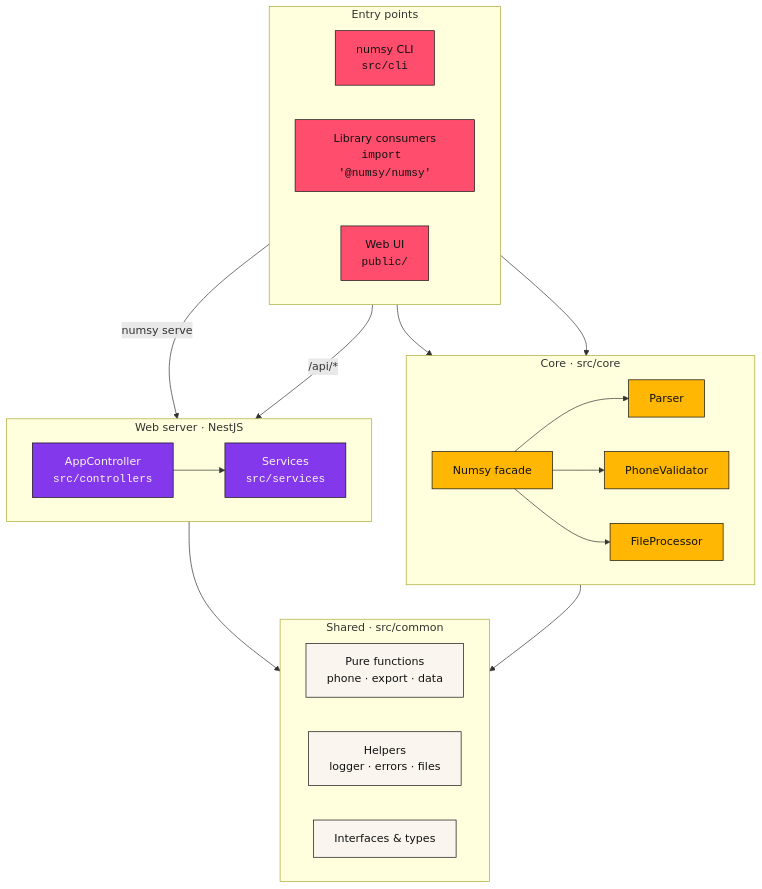
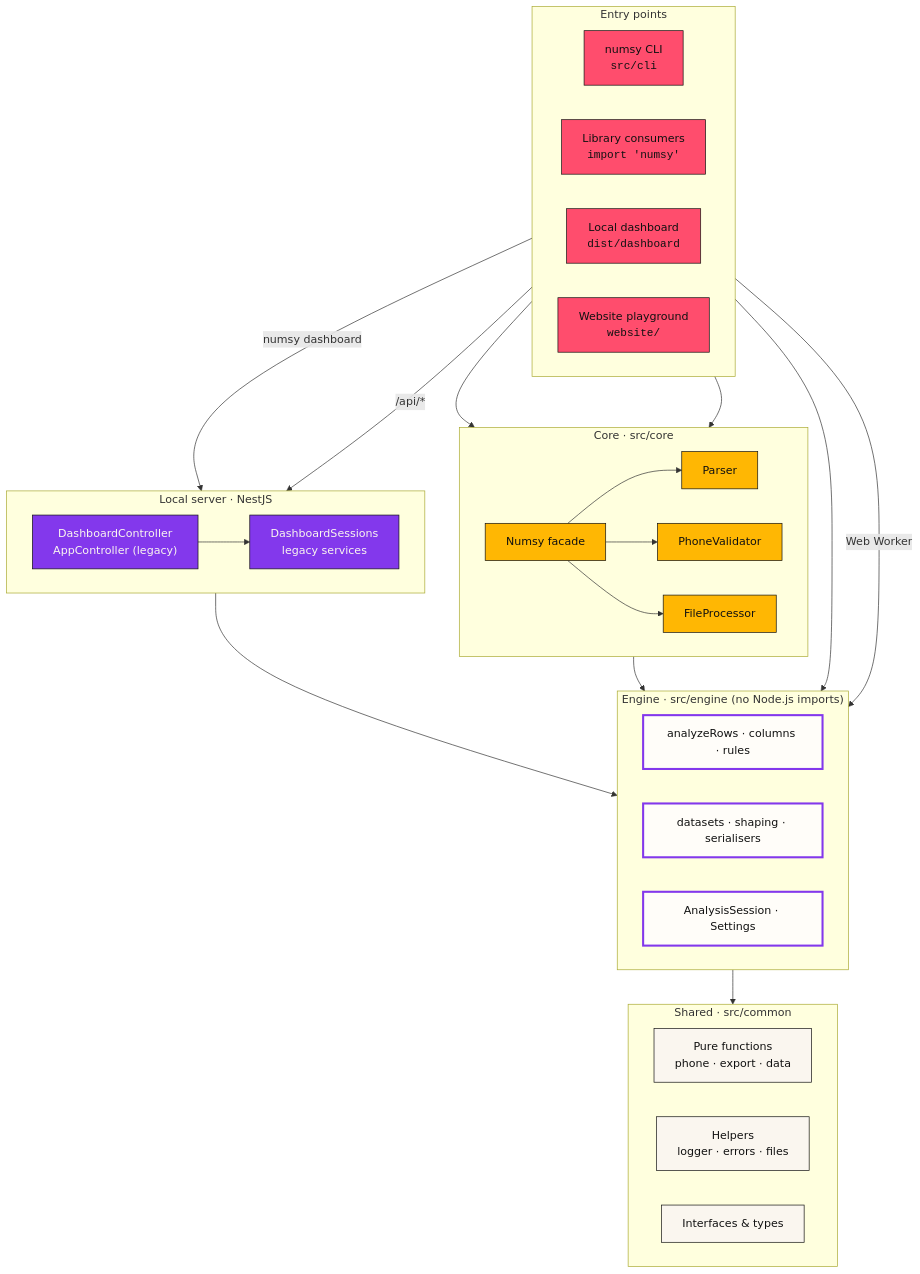
Before and after one commit to shreesharma07/numsy: the first of 3 diagrams in docs/maintainers/architecture.md, drawn with Mermaid. The commit also changed other lines of this file and 13 other files, not shown here.

````diff
--- a/docs/maintainers/architecture.md
+++ b/docs/maintainers/architecture.md
@@ -7,48 +7,61 @@
 ```mermaid
 flowchart TB
   subgraph entry["Entry points"]
     direction LR
     CLI["numsy CLI<br/><code>src/cli</code>"]
-    LIB["Library consumers<br/><code>import '@numsy/numsy'</code>"]
-    UI["Web UI<br/><code>public/</code>"]
+    LIB["Library consumers<br/><code>import 'numsy'</code>"]
+    UI["Local dashboard<br/><code>dist/dashboard</code>"]
+    WEB["Website playground<br/><code>website/</code>"]
   end
 
   subgraph core["Core · src/core"]
     direction LR
     NUMSY["Numsy facade"]
     PARSER["Parser"]
     VALIDATOR["PhoneValidator"]
     PROCESSOR["FileProcessor"]
     NUMSY --> PARSER & VALIDATOR & PROCESSOR
   end
 
-  subgraph server["Web server · NestJS"]
+  subgraph server["Local server · NestJS"]
     direction LR
-    CTRL["AppController<br/><code>src/controllers</code>"]
-    SVC["Services<br/><code>src/services</code>"]
+    CTRL["DashboardController<br/>AppController (legacy)"]
+    SVC["DashboardSessions<br/>legacy services"]
     CTRL --> SVC
+  end
+
+  subgraph engine["Engine · src/engine (no Node.js imports)"]
+    direction LR
+    ANALYZE["analyzeRows · columns · rules"]
+    DATA["datasets · shaping · serialisers"]
+    SESSION["AnalysisSession · Settings"]
   end
 
   subgraph shared["Shared · src/common"]
     direction LR
     FN["Pure functions<br/>phone · export · data"]
     HELP["Helpers<br/>logger · errors · files"]
     TYPES["Interfaces & types"]
   end
 
   CLI --> NUMSY
-  CLI -- "numsy serve" --> CTRL
+  CLI --> engine
+  CLI -- "numsy dashboard" --> CTRL
   LIB --> NUMSY
   UI -- "/api/*" --> CTRL
-  core --> shared
-  server --> shared
+  WEB -- "Web Worker" --> engine
+  core --> engine
+  server --> engine
+  engine --> shared
 
   classDef entry fill:#FF4D6D,stroke:#111111,color:#111111
   classDef core fill:#FFB703,stroke:#111111,color:#111111
   classDef server fill:#8338EC,stroke:#111111,color:#FAF6EF
   classDef shared fill:#FAF6EF,stroke:#111111,color:#111111
-  class CLI,LIB,UI entry
+  classDef engine fill:#FFFDF9,stroke:#8338EC,stroke-width:3px,color:#111111
+  class CLI,LIB,UI,WEB entry
+  class ANALYZE,DATA,SESSION engine
   class NUMSY,PARSER,VALIDATOR,PROCESSOR core
   class CTRL,SVC server
   class FN,HELP,TYPES shared
 ```
````
